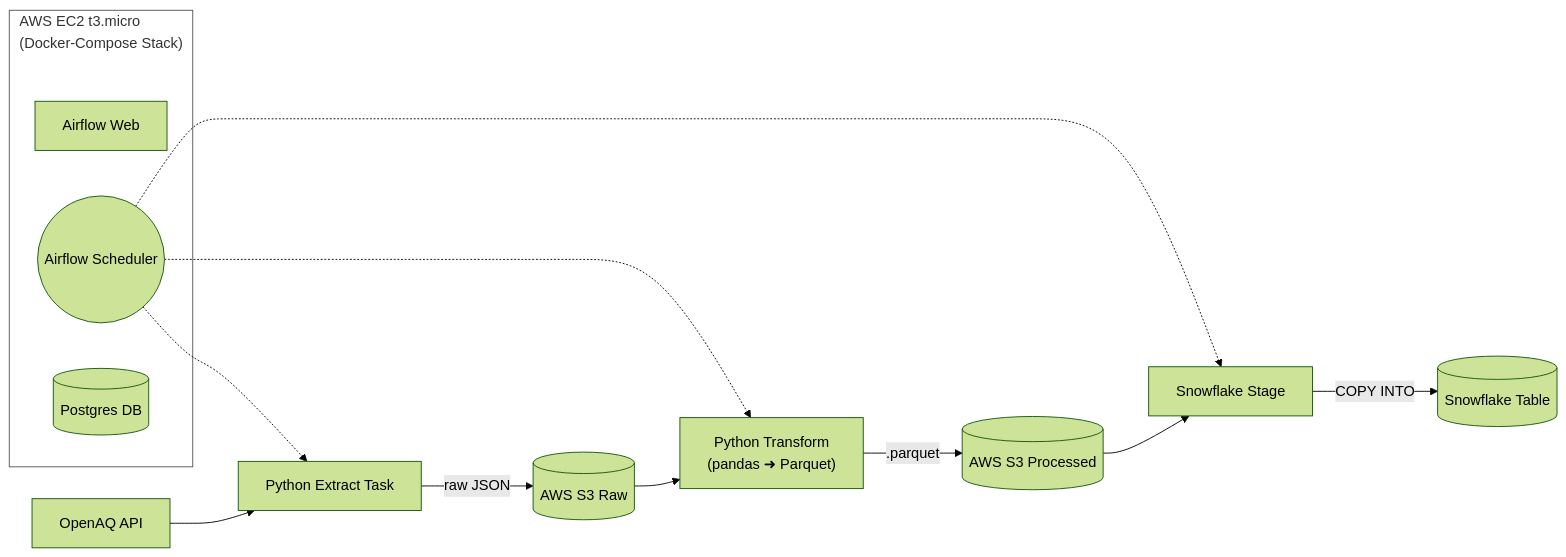
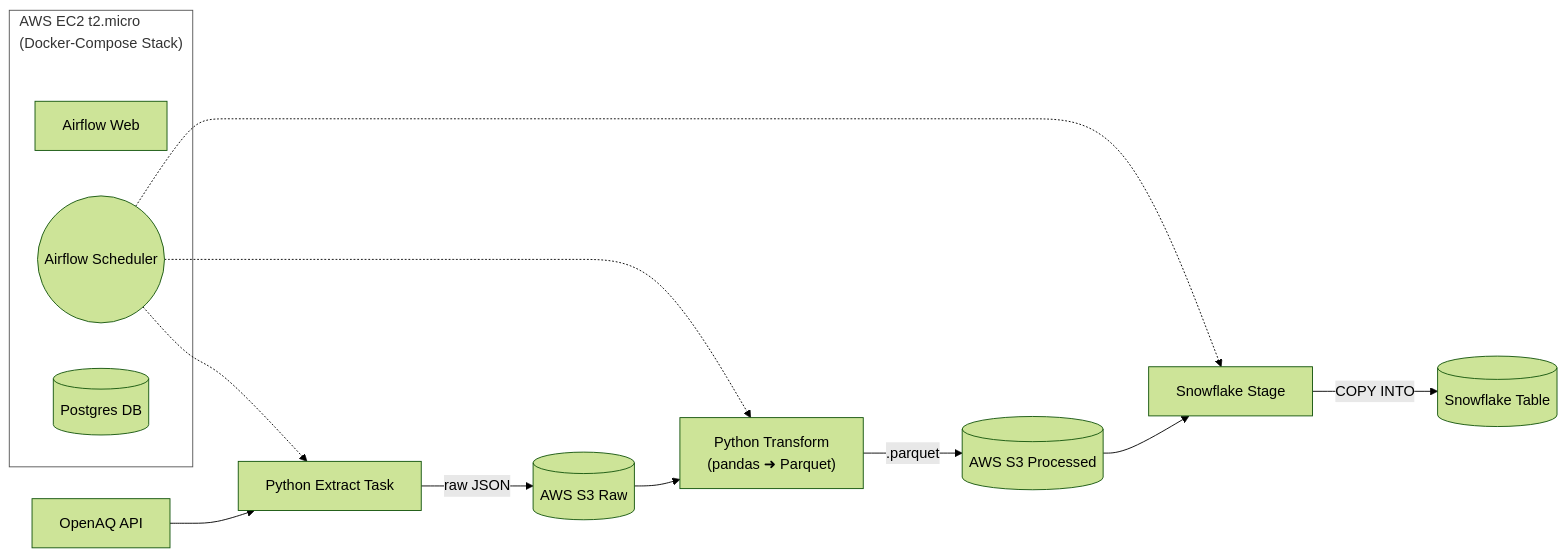
Before and after one commit to LeoGr777/clean-air-pipeline: the diagram in README.md, drawn with Mermaid (forest theme). The commit also changed other lines of this file and 1 other file, not shown here.

````diff
--- a/README.md
+++ b/README.md
@@ -37,19 +33,19 @@
 ```mermaid
 flowchart LR
- subgraph EC2["AWS EC2 t3.micro<br>(Docker‑Compose Stack)"]
+ subgraph EC2["AWS EC2 t2.micro<br>(Docker‑Compose Stack)"]
         spacer((" "))
         AFW["Airflow Web"]
         AFS(("Airflow Scheduler"))
         PG[("Postgres DB")]
   end
     OA["OpenAQ API"] --> EX["Python Extract Task"]
     AFS -.-> EX & TR["Python Transform<br>(pandas ➜ Parquet)"] & STG["Snowflake Stage"]
     EX -- raw JSON --> S3R[("AWS S3 Raw")]
     S3R --> TR
     TR -- ".parquet" --> S3P[("AWS S3 Processed")]
     S3P --> STG
     STG -- COPY INTO --> SN[("Snowflake Table")]
      spacer:::invis
     classDef invis fill:none,stroke:none
     style EC2 fill:#ffffff,stroke:#555,stroke-width:1px,padding:20px
 ```
````
